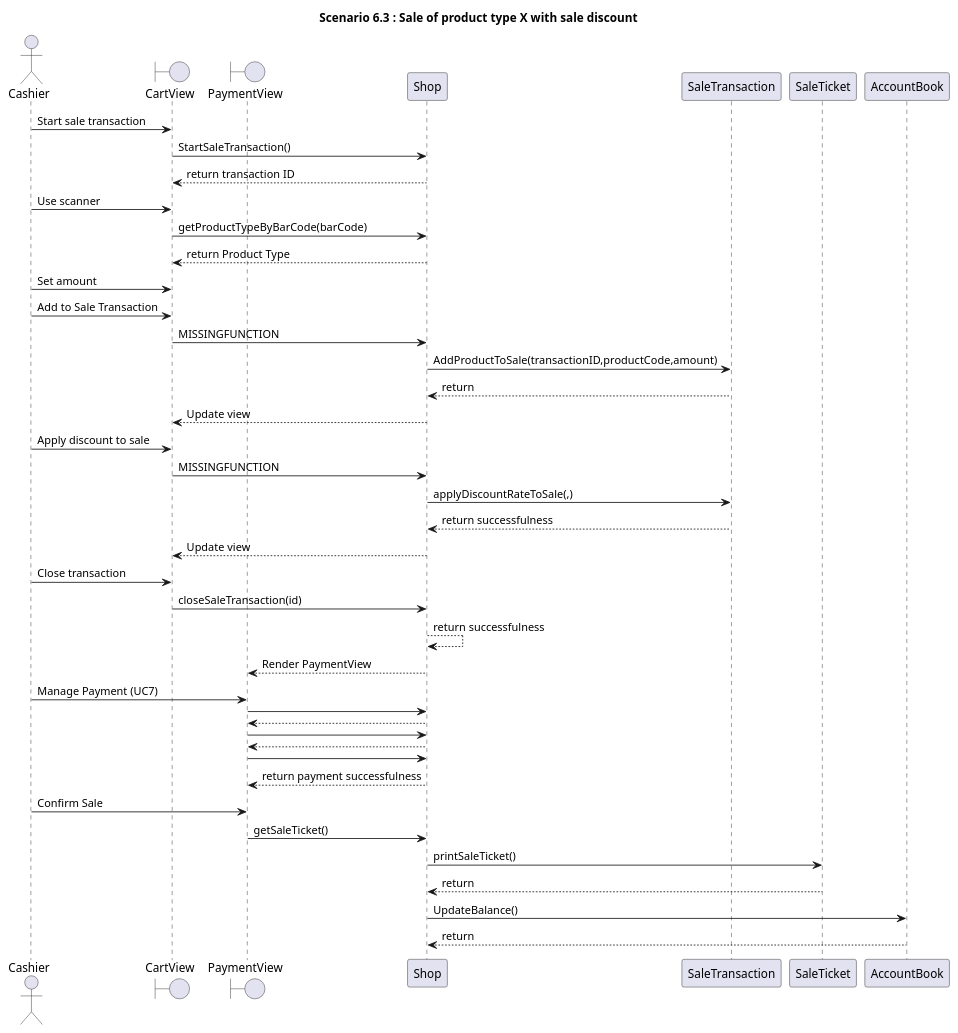
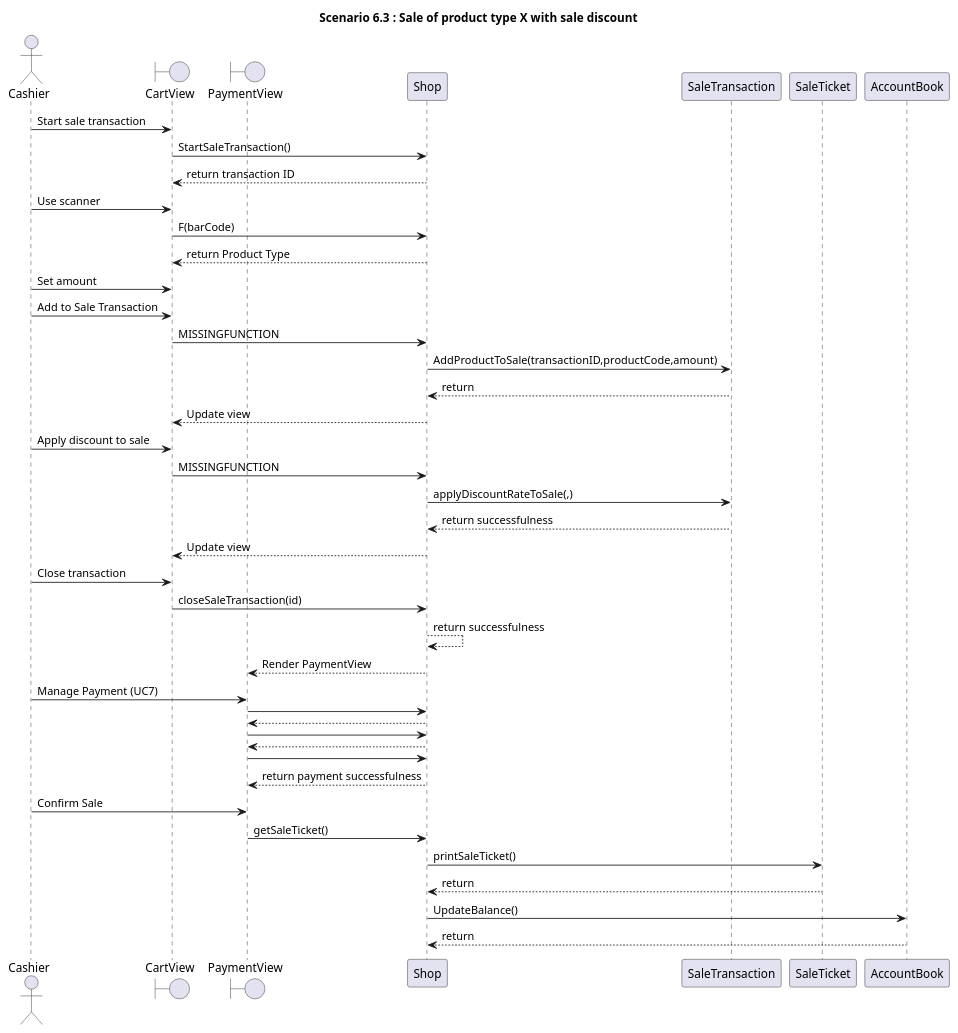
Diagram 15 of 27 in Deliverables/DesignDocument.md (zitabou/EZShop), drawn with PlantUML before and after one commit. The commit also changed other lines of this file, not shown here.

````diff
--- a/Deliverables/DesignDocument.md
+++ b/Deliverables/DesignDocument.md
@@ -556,47 +571,47 @@
 ```plantuml
 
 title
 **Scenario 6.3** : Sale of product type X with sale discount
 end title
 
 actor Cashier
 Boundary CartView
 boundary PaymentView
 Cashier -> CartView: Start sale transaction
 CartView -> Shop: StartSaleTransaction()
 Shop --> CartView: return transaction ID
 Cashier -> CartView: Use scanner
-CartView ->  Shop: getProductTypeByBarCode(barCode) 
+CartView ->  Shop: F(barCode) 
 Shop --> CartView: return Product Type
 
 Cashier -> CartView: Set amount
 Cashier -> CartView: Add to Sale Transaction
 CartView -> Shop: MISSINGFUNCTION
 Shop -> SaleTransaction: AddProductToSale(transactionID,productCode,amount)
 SaleTransaction --> Shop: return
 Shop --> CartView: Update view
 
 Cashier -> CartView: Apply discount to sale
 CartView -> Shop: MISSINGFUNCTION
 Shop -> SaleTransaction: applyDiscountRateToSale(,)
 SaleTransaction --> Shop: return successfulness
 Shop --> CartView: Update view
 
 Cashier -> CartView: Close transaction
 CartView -> Shop: closeSaleTransaction(id)
 Shop --> Shop: return successfulness
 Shop --> PaymentView: Render PaymentView
 Cashier -> PaymentView: Manage Payment (UC7)
 PaymentView -> Shop :
 Shop --> PaymentView :
 PaymentView -> Shop :
 Shop --> PaymentView :
 PaymentView -> Shop :
 Shop --> PaymentView : return payment successfulness
 Cashier -> PaymentView: Confirm Sale
 PaymentView -> Shop: getSaleTicket()
 Shop -> SaleTicket: printSaleTicket()
 SaleTicket --> Shop: return
 Shop -> AccountBook: UpdateBalance()
 AccountBook --> Shop: return
 ```
````
